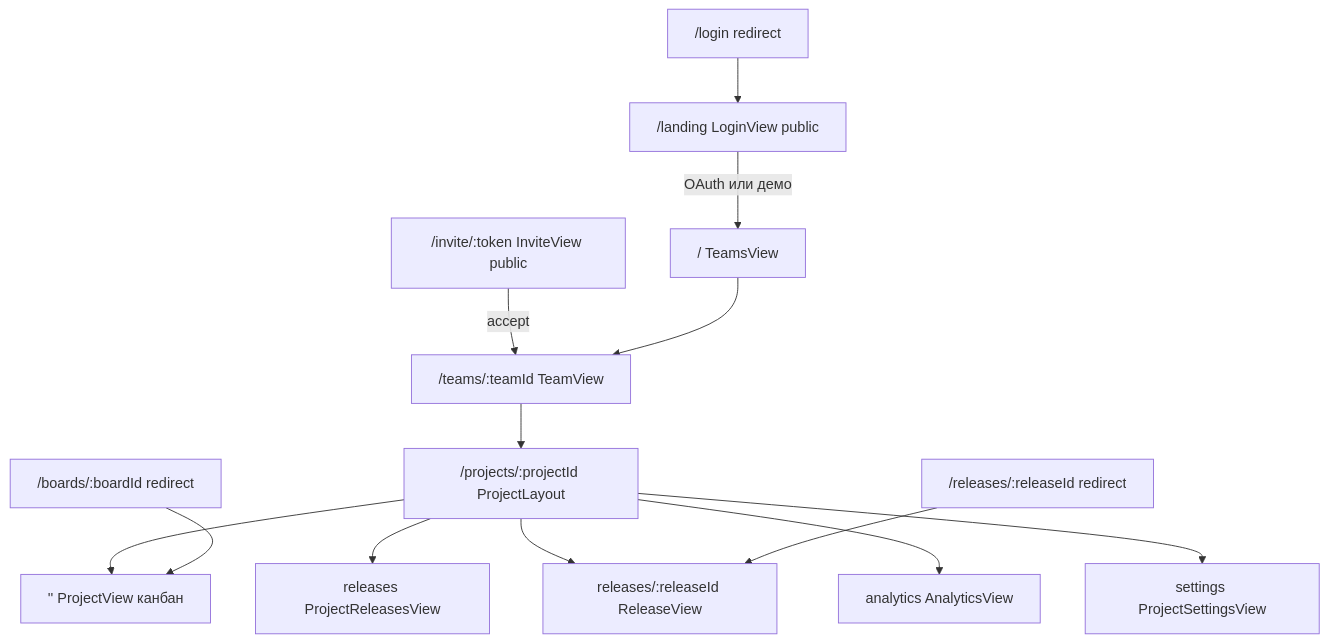
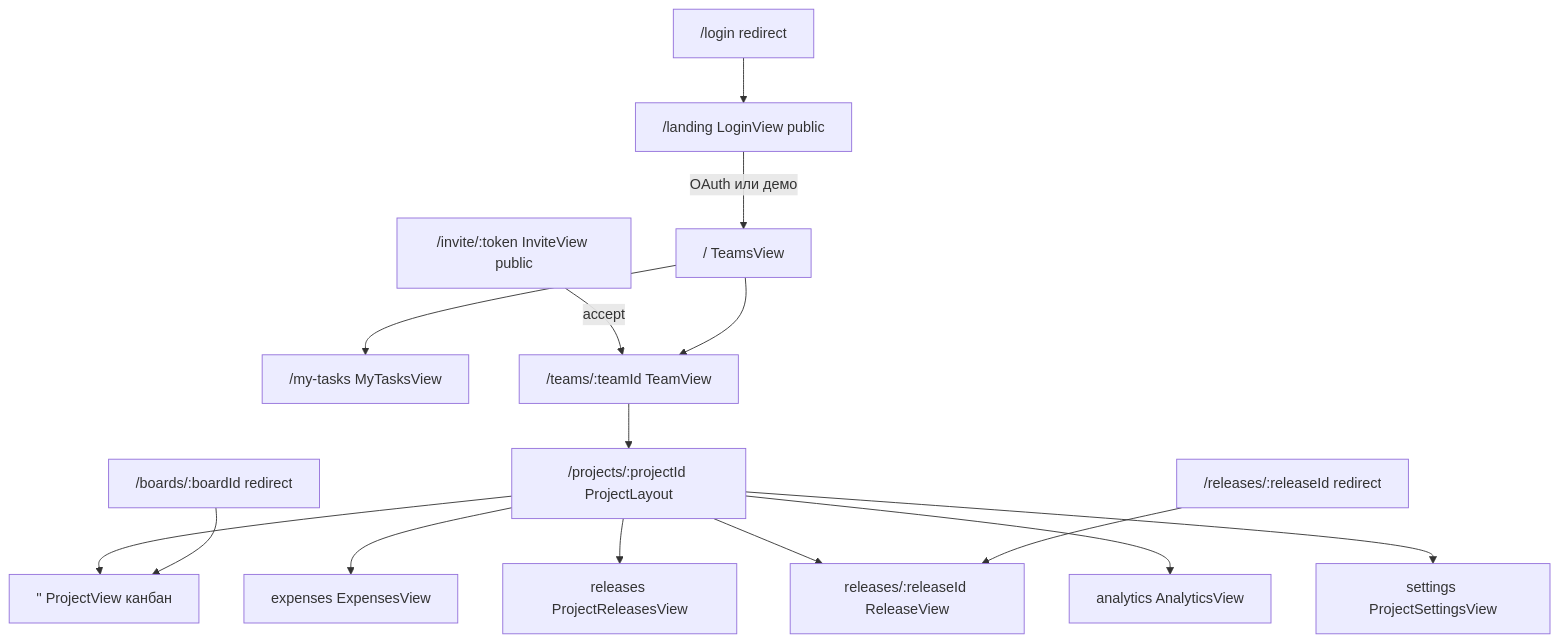
One commit to shamilfrontend/taskmaster changed the diagram in docs/frontend.md. Above: the diagram before and after it, drawn with Mermaid. The commit also changed other lines of this file and 17 other files, not shown here.

````diff
--- a/docs/frontend.md
+++ b/docs/frontend.md
@@ -9,29 +9,33 @@
 ```mermaid
 flowchart TB
   Landing["/landing LoginView public"]
   Login["/login redirect"]
   Invite["/invite/:token InviteView public"]
   Teams["/ TeamsView"]
+  MyTasks["/my-tasks MyTasksView"]
   Team["/teams/:teamId TeamView"]
   Layout["/projects/:projectId ProjectLayout"]
   Board["'' ProjectView канбан"]
+  Expenses["expenses ExpensesView"]
   Releases["releases ProjectReleasesView"]
   Release["releases/:releaseId ReleaseView"]
   Analytics["analytics AnalyticsView"]
   Settings["settings ProjectSettingsView"]
   LegacyBoard["/boards/:boardId redirect"]
   LegacyRelease["/releases/:releaseId redirect"]
 
   Login --> Landing
   Landing -->|OAuth или демо| Teams
   Invite -->|accept| Team
   Teams --> Team
+  Teams --> MyTasks
   Team --> Layout
   Layout --> Board
+  Layout --> Expenses
   Layout --> Releases
   Layout --> Release
   Layout --> Analytics
   Layout --> Settings
   LegacyBoard --> Board
   LegacyRelease --> Release
 ```
````
